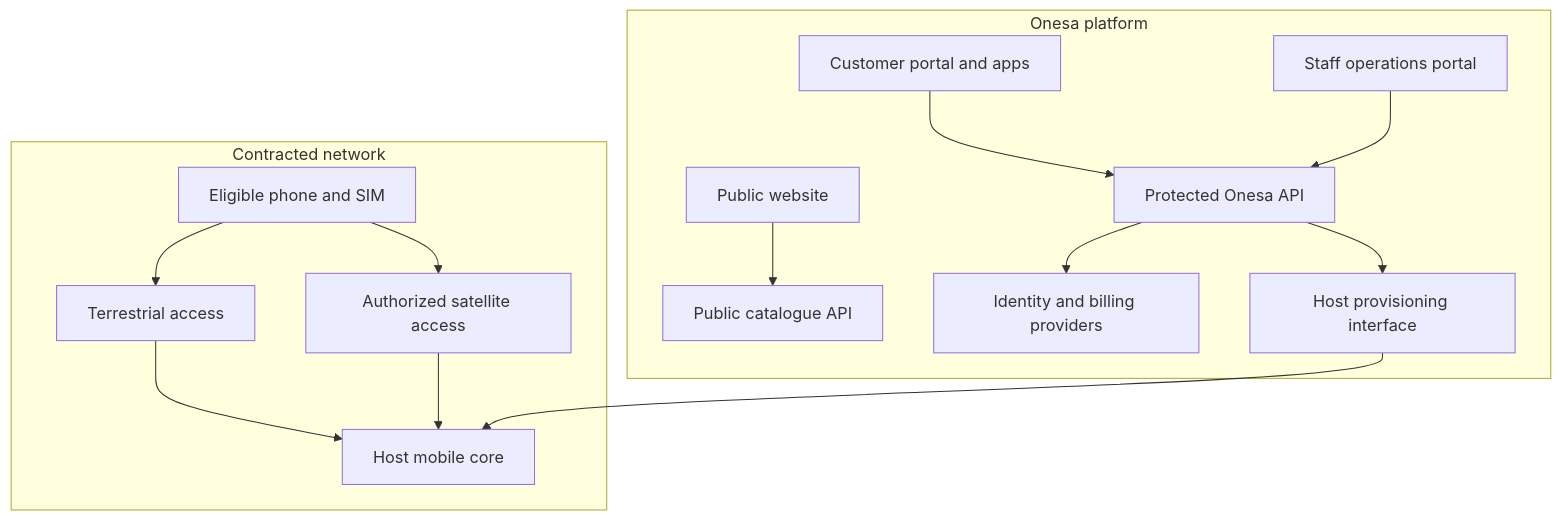
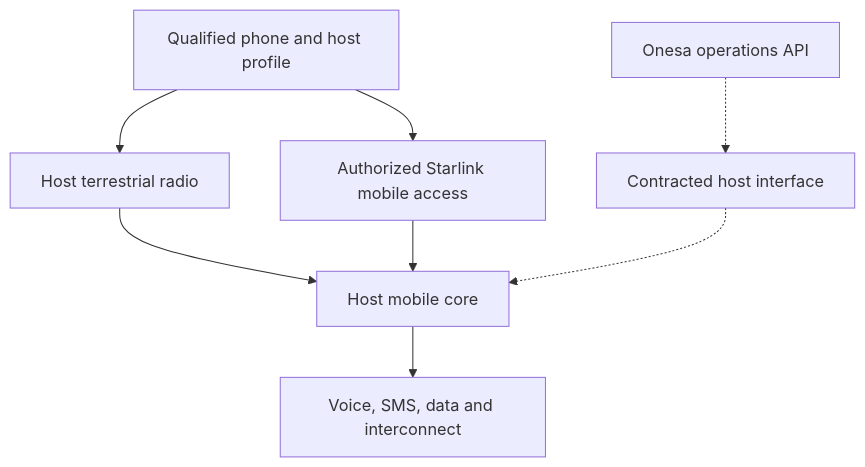
Before and after one commit to DruHustle/onesa-ug: the second of 2 diagrams in onesa-mobile/docs/ARCHITECTURE.md, drawn with Mermaid. The commit also changed other lines of this file and 142 other files, not shown here.

First line of the commit message:
Build Onesa Mobile hardware-pilot platform and close specialist review findings

````diff
--- a/onesa-mobile/docs/ARCHITECTURE.md
+++ b/onesa-mobile/docs/ARCHITECTURE.md
@@ -23,17 +27,10 @@
 ```mermaid
 flowchart TB
-  subgraph "Onesa platform"
-    W["Public website"] --> R["Public catalogue API"]
-    CUST["Customer portal and apps"] --> B["Protected Onesa API"]
-    OPS["Staff operations portal"] --> B
-    B --> I["Identity and billing providers"]
-    B --> P["Host provisioning interface"]
-  end
-  subgraph "Contracted network"
-    U["Eligible phone and SIM"] --> T["Terrestrial access"]
-    U --> S["Authorized satellite access"]
-    T --> C["Host mobile core"]
-    S --> C
-    P --> C
-  end
+  Phone["Qualified phone and host profile"] --> Radio["Host terrestrial radio"]
+  Phone --> Satellite["Authorized Starlink mobile access"]
+  Radio --> Core["Host mobile core"]
+  Satellite --> Core
+  Core --> Voice["Voice, SMS, data and interconnect"]
+  Onesa["Onesa operations API"] -.-> Provider["Contracted host interface"]
+  Provider -.-> Core
 ```
````
